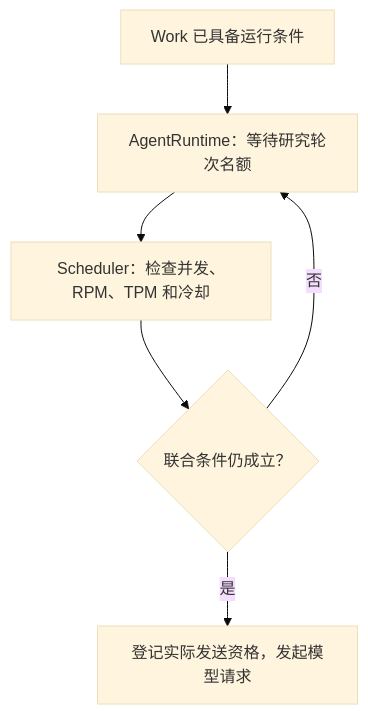
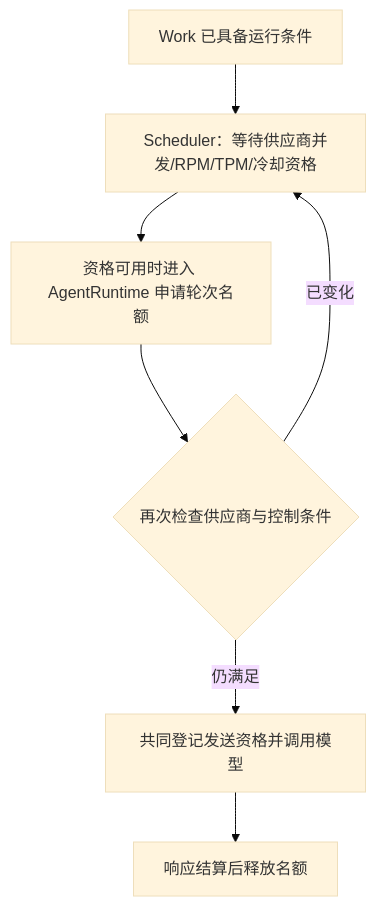
The fourth of 6 diagrams in docs/technical-handbook/04-multi-agent-context.md (studyzhige-ui/Epivra), drawn with Mermaid (base theme) before and after one commit. The commit also changed other lines of this file, not shown here.

Commit message:
docs: fix joint admission ordering and deepen multi-agent architecture interview reasoning

````diff
--- a/docs/technical-handbook/04-multi-agent-context.md
+++ b/docs/technical-handbook/04-multi-agent-context.md
@@ -123,8 +123,9 @@
 ```mermaid
 flowchart TD
-  W["Work 已具备运行条件"] --> R["AgentRuntime：等待研究轮次名额"]
-  R --> P["Scheduler：检查并发、RPM、TPM 和冷却"]
-  P --> C{"联合条件仍成立？"}
-  C -->|否| R
-  C -->|是| S["登记实际发送资格，发起模型请求"]
+  W["Work 已具备运行条件"] --> P["Scheduler：等待供应商并发/RPM/TPM/冷却资格"]
+  P --> R["资格可用时进入 AgentRuntime 申请轮次名额"]
+  R --> C{"再次检查供应商与控制条件"}
+  C -->|"已变化"| P
+  C -->|"仍满足"| S["共同登记发送资格并调用模型"]
+  S --> E["响应结算后释放名额"]
 ```
````
